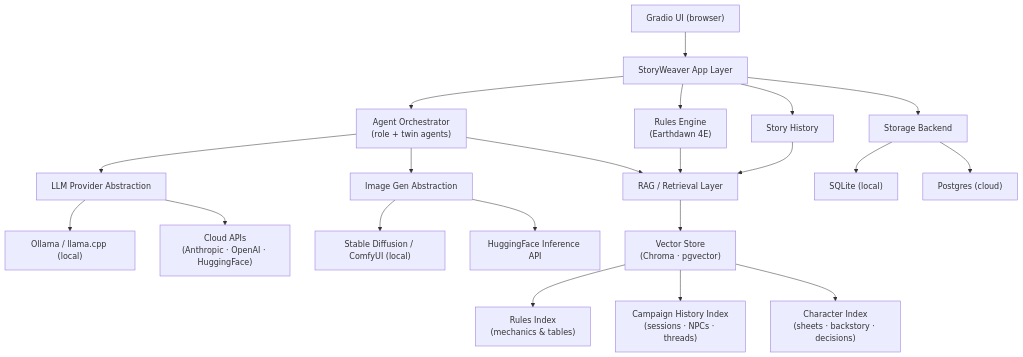
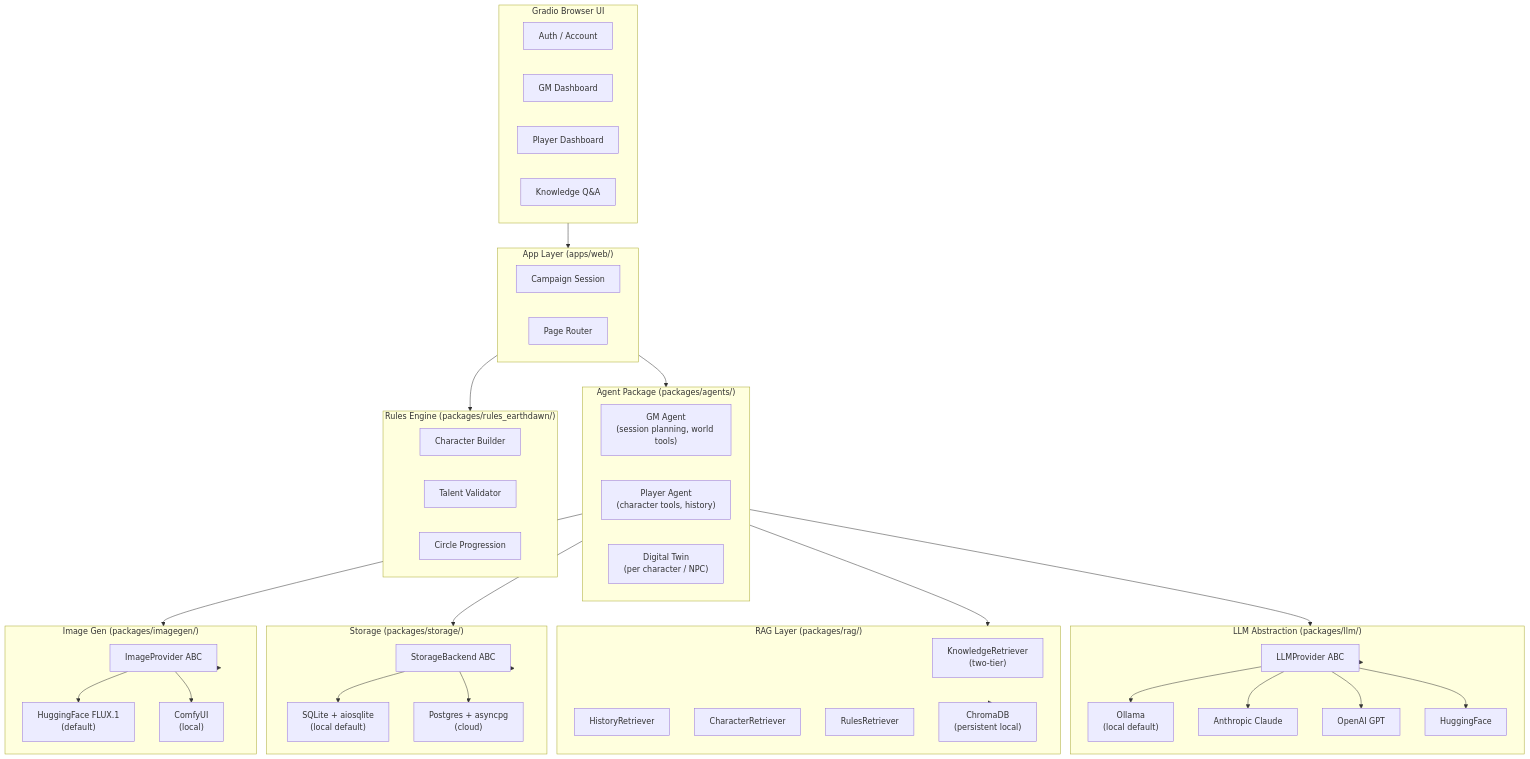
One commit to Risslock/StoryWeaver changed the first of 5 diagrams in README.md. Above: the diagram before and after it, drawn with Mermaid. The commit also changed other lines of this file, not shown here.

````diff
--- a/README.md
+++ b/README.md
@@ -106,23 +50,69 @@
 ```mermaid
 flowchart TD
-    UI["Gradio UI (browser)"] --> APP["StoryWeaver App Layer"]
-    APP --> AG["Agent Orchestrator<br/>(role + twin agents)"]
-    APP --> RULES["Rules Engine<br/>(Earthdawn 4E)"]
-    APP --> STORY["Story History"]
-    AG --> LLM["LLM Provider Abstraction"]
-    AG --> IMG["Image Gen Abstraction"]
-    AG --> RAG["RAG / Retrieval Layer"]
-    RULES --> RAG
-    STORY --> RAG
-    RAG --> VECSTORE["Vector Store<br/>(Chroma · pgvector)"]
-    VECSTORE --> RULESIDX["Rules Index<br/>(mechanics & tables)"]
-    VECSTORE --> HISTIDX["Campaign History Index<br/>(sessions · NPCs · threads)"]
-    VECSTORE --> CHARIDX["Character Index<br/>(sheets · backstory · decisions)"]
-    LLM --> OLLAMA["Ollama / llama.cpp (local)"]
-    LLM --> CLOUDLLM["Cloud APIs<br/>(Anthropic · OpenAI · HuggingFace)"]
-    IMG --> LOCALIMG["Stable Diffusion / ComfyUI (local)"]
-    IMG --> CLOUDIMG["HuggingFace Inference API"]
-    APP --> STORAGE["Storage Backend"]
-    STORAGE --> SQLITE["SQLite (local)"]
-    STORAGE --> PG["Postgres (cloud)"]
+    subgraph UI["Gradio Browser UI"]
+        AUTH["Auth / Account"]
+        GM_DASH["GM Dashboard"]
+        PL_DASH["Player Dashboard"]
+        QA["Knowledge Q&A"]
+    end
+
+    subgraph APP["App Layer (apps/web/)"]
+        SESSION["Campaign Session"]
+        ROUTER["Page Router"]
+    end
+
+    subgraph AGENTS["Agent Package (packages/agents/)"]
+        GM_AG["GM Agent\n(session planning, world tools)"]
+        PL_AG["Player Agent\n(character tools, history)"]
+        TWIN["Digital Twin\n(per character / NPC)"]
+    end
+
+    subgraph LLM_LAYER["LLM Abstraction (packages/llm/)"]
+        IFACE["LLMProvider ABC"]
+        OLLAMA["Ollama\n(local default)"]
+        ANTHROPIC["Anthropic Claude"]
+        OPENAI["OpenAI GPT"]
+        HF_LLM["HuggingFace"]
+    end
+
+    subgraph RAG_LAYER["RAG Layer (packages/rag/)"]
+        KR["KnowledgeRetriever\n(two-tier)"]
+        HR["HistoryRetriever"]
+        CR["CharacterRetriever"]
+        RR["RulesRetriever"]
+        CHROMA["ChromaDB\n(persistent local)"]
+    end
+
+    subgraph STORAGE["Storage (packages/storage/)"]
+        STORE_IF["StorageBackend ABC"]
+        SQLITE["SQLite + aiosqlite\n(local default)"]
+        PG["Postgres + asyncpg\n(cloud)"]
+    end
+
+    subgraph IMGGEN["Image Gen (packages/imagegen/)"]
+        IMG_IF["ImageProvider ABC"]
+        FLUX["HuggingFace FLUX.1\n(default)"]
+        COMFYUI["ComfyUI\n(local)"]
+    end
+
+    subgraph RULES["Rules Engine (packages/rules_earthdawn/)"]
+        CHAR_BUILD["Character Builder"]
+        TALENT_VAL["Talent Validator"]
+        CIRCLE_PROG["Circle Progression"]
+    end
+
+    UI --> APP
+    APP --> AGENTS
+    AGENTS --> LLM_LAYER
+    AGENTS --> RAG_LAYER
+    AGENTS --> IMGGEN
+    AGENTS --> STORAGE
+    APP --> RULES
+    LLM_LAYER --> IFACE
+    IFACE --> OLLAMA & ANTHROPIC & OPENAI & HF_LLM
+    RAG_LAYER --> CHROMA
+    STORAGE --> STORE_IF
+    STORE_IF --> SQLITE & PG
+    IMGGEN --> IMG_IF
+    IMG_IF --> FLUX & COMFYUI
 ```
````
